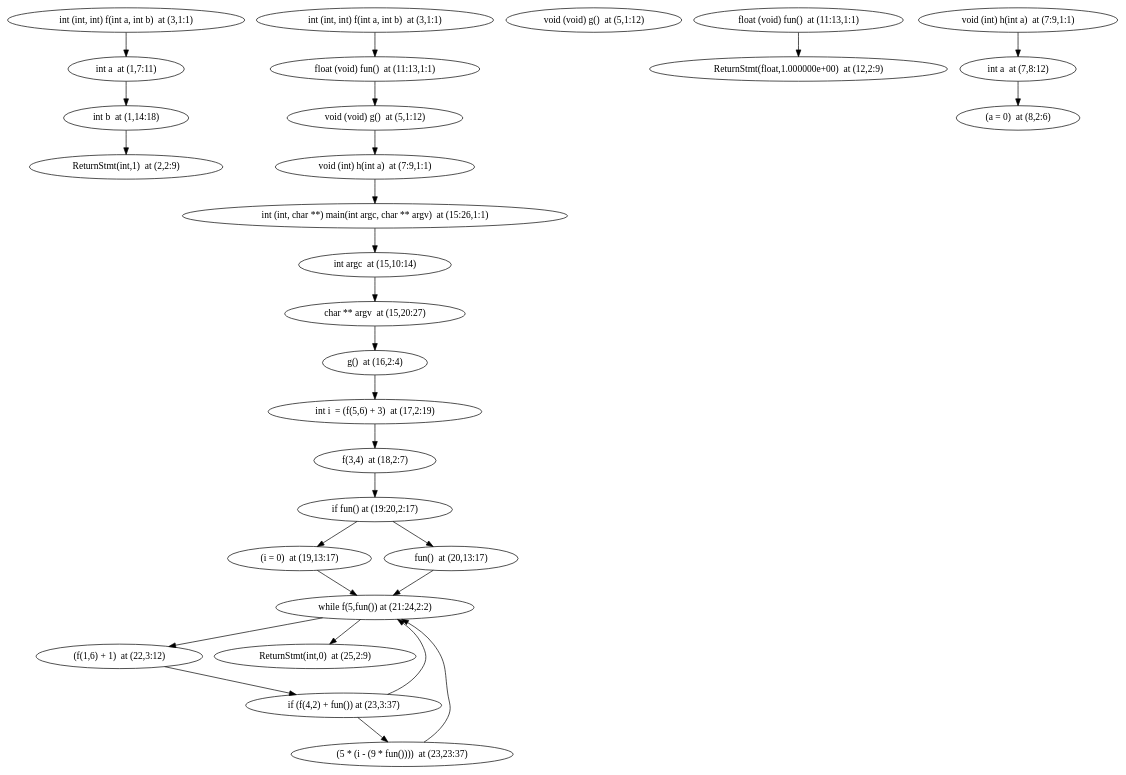
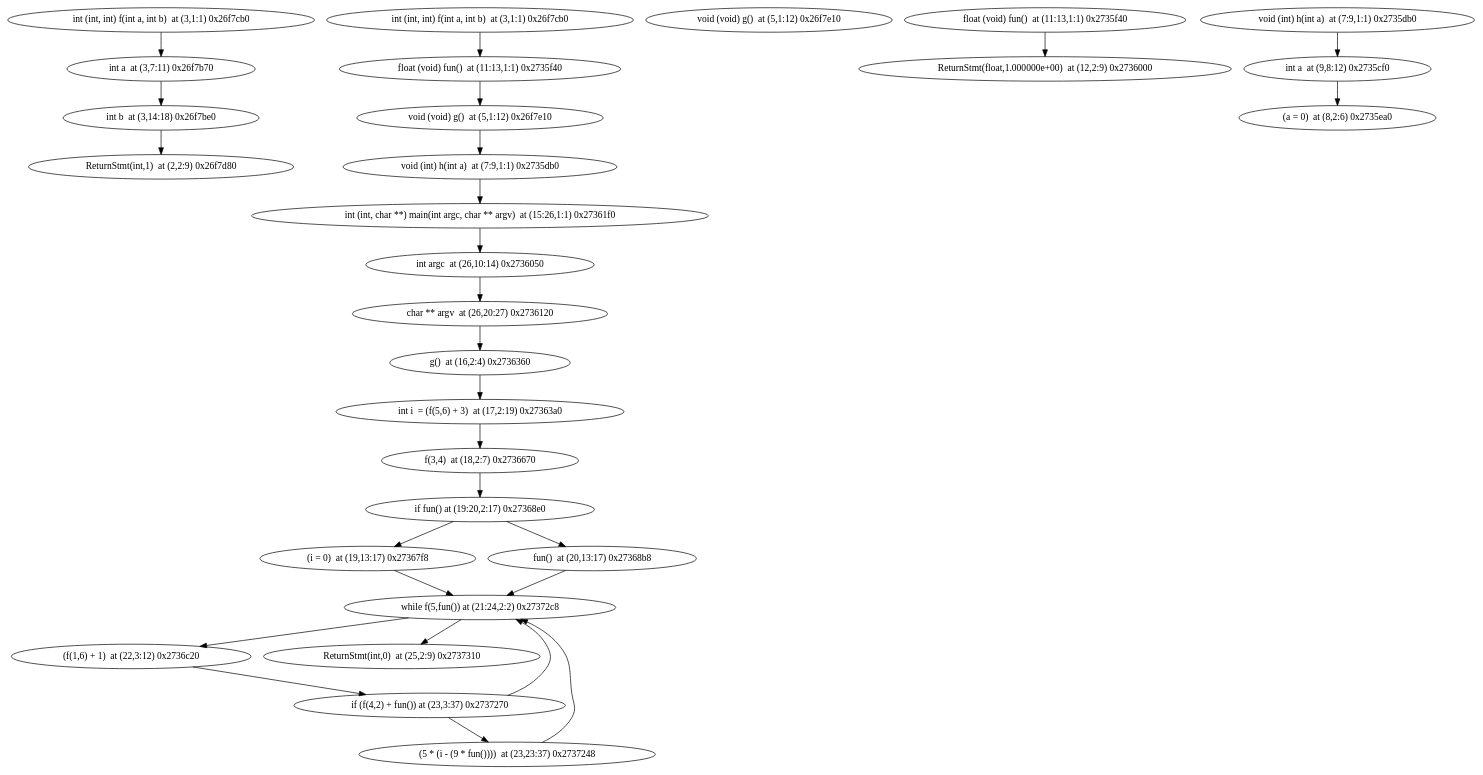
One commit to jxw1102/Projet-merou changed the diagram in ModelChecker/unitary_tests/Model_checker/test.dot. Above: the diagram before and after it, drawn with Graphviz. The commit also changed 32 other files, not shown here.

```diff
--- a/ModelChecker/unitary_tests/Model_checker/test.dot
+++ b/ModelChecker/unitary_tests/Model_checker/test.dot
@@ -1,33 +1,33 @@
 digraph {
-{id0x102825fd0 [label="int (int, int) f(int a, int b)  at (3,1:1)"]} -> {id0x102825e90 [label="int a  at (1,7:11)"]}
-{id0x102825e90 [label="int a  at (1,7:11)"]} -> {id0x102825f00 [label="int b  at (1,14:18)"]}
-{id0x102825f00 [label="int b  at (1,14:18)"]} -> {id0x1028260a0 [label="ReturnStmt(int,1)  at (2,2:9)"]}
-{id0x1028260a0 [label="ReturnStmt(int,1)  at (2,2:9)"]}
-{idc0x102825fd0 [label="int (int, int) f(int a, int b)  at (3,1:1)"]} -> {idc0x103047660 [label="float (void) fun()  at (11:13,1:1)"]}
-{idc0x103047660 [label="float (void) fun()  at (11:13,1:1)"]} -> {idc0x102826130 [label="void (void) g()  at (5,1:12)"]}
-{idc0x102826130 [label="void (void) g()  at (5,1:12)"]} -> {idc0x1030474d0 [label="void (int) h(int a)  at (7:9,1:1)"]}
-{idc0x1030474d0 [label="void (int) h(int a)  at (7:9,1:1)"]} -> {id0x103047910 [label="int (int, char **) main(int argc, char ** argv)  at (15:26,1:1)"]}
-{id0x103047910 [label="int (int, char **) main(int argc, char ** argv)  at (15:26,1:1)"]} -> {id0x103047770 [label="int argc  at (15,10:14)"]}
-{id0x103047770 [label="int argc  at (15,10:14)"]} -> {id0x103047840 [label="char ** argv  at (15,20:27)"]}
-{id0x103047840 [label="char ** argv  at (15,20:27)"]} -> {id0x103047a80 [label="g()  at (16,2:4)"]}
-{id0x103047a80 [label="g()  at (16,2:4)"]} -> {id0x103047ac0 [label="int i  = (f(5,6) + 3)  at (17,2:19)"]}
-{id0x103047ac0 [label="int i  = (f(5,6) + 3)  at (17,2:19)"]} -> {id0x103047d90 [label="f(3,4)  at (18,2:7)"]}
-{id0x103047d90 [label="f(3,4)  at (18,2:7)"]} -> {id0x103048000 [label="if fun() at (19:20,2:17)"]}
-{id0x103048000 [label="if fun() at (19:20,2:17)"]} -> {id0x103047f18 [label="(i = 0)  at (19,13:17)"]}
-{id0x103048000 [label="if fun() at (19:20,2:17)"]} -> {id0x103047fd8 [label="fun()  at (20,13:17)"]}
-{id0x103047f18 [label="(i = 0)  at (19,13:17)"]} -> {id0x103048818 [label="while f(5,fun()) at (21:24,2:2)"]}
-{id0x103048818 [label="while f(5,fun()) at (21:24,2:2)"]} -> {id0x103048340 [label="(f(1,6) + 1)  at (22,3:12)"]}
-{id0x103048818 [label="while f(5,fun()) at (21:24,2:2)"]} -> {id0x103048860 [label="ReturnStmt(int,0)  at (25,2:9)"]}
-{id0x103048340 [label="(f(1,6) + 1)  at (22,3:12)"]} -> {id0x1030487c0 [label="if (f(4,2) + fun()) at (23,3:37)"]}
-{id0x1030487c0 [label="if (f(4,2) + fun()) at (23,3:37)"]} -> {id0x103048818 [label="while f(5,fun()) at (21:24,2:2)"]}
-{id0x1030487c0 [label="if (f(4,2) + fun()) at (23,3:37)"]} -> {id0x103048798 [label="(5 * (i - (9 * fun())))  at (23,23:37)"]}
-{id0x103048798 [label="(5 * (i - (9 * fun())))  at (23,23:37)"]} -> {id0x103048818 [label="while f(5,fun()) at (21:24,2:2)"]}
-{id0x103048860 [label="ReturnStmt(int,0)  at (25,2:9)"]}
-{id0x103047fd8 [label="fun()  at (20,13:17)"]} -> {id0x103048818 [label="while f(5,fun()) at (21:24,2:2)"]}
-{id0x102826130 [label="void (void) g()  at (5,1:12)"]}
-{id0x103047660 [label="float (void) fun()  at (11:13,1:1)"]} -> {id0x103047720 [label="ReturnStmt(float,1.000000e+00)  at (12,2:9)"]}
-{id0x103047720 [label="ReturnStmt(float,1.000000e+00)  at (12,2:9)"]}
-{id0x1030474d0 [label="void (int) h(int a)  at (7:9,1:1)"]} -> {id0x103047410 [label="int a  at (7,8:12)"]}
-{id0x103047410 [label="int a  at (7,8:12)"]} -> {id0x1030475c0 [label="(a = 0)  at (8,2:6)"]}
-{id0x1030475c0 [label="(a = 0)  at (8,2:6)"]}
+{f0x26f7cb0 [label="int (int, int) f(int a, int b)  at (3,1:1) 0x26f7cb0"]} -> {f0x26f7b70 [label="int a  at (3,7:11) 0x26f7b70"]}
+{f0x26f7b70 [label="int a  at (3,7:11) 0x26f7b70"]} -> {f0x26f7be0 [label="int b  at (3,14:18) 0x26f7be0"]}
+{f0x26f7be0 [label="int b  at (3,14:18) 0x26f7be0"]} -> {f0x26f7d80 [label="ReturnStmt(int,1)  at (2,2:9) 0x26f7d80"]}
+{f0x26f7d80 [label="ReturnStmt(int,1)  at (2,2:9) 0x26f7d80"]}
+{main0x26f7cb0 [label="int (int, int) f(int a, int b)  at (3,1:1) 0x26f7cb0"]} -> {main0x2735f40 [label="float (void) fun()  at (11:13,1:1) 0x2735f40"]}
+{main0x2735f40 [label="float (void) fun()  at (11:13,1:1) 0x2735f40"]} -> {main0x26f7e10 [label="void (void) g()  at (5,1:12) 0x26f7e10"]}
+{main0x26f7e10 [label="void (void) g()  at (5,1:12) 0x26f7e10"]} -> {main0x2735db0 [label="void (int) h(int a)  at (7:9,1:1) 0x2735db0"]}
+{main0x2735db0 [label="void (int) h(int a)  at (7:9,1:1) 0x2735db0"]} -> {main0x27361f0 [label="int (int, char **) main(int argc, char ** argv)  at (15:26,1:1) 0x27361f0"]}
+{main0x27361f0 [label="int (int, char **) main(int argc, char ** argv)  at (15:26,1:1) 0x27361f0"]} -> {main0x2736050 [label="int argc  at (26,10:14) 0x2736050"]}
+{main0x2736050 [label="int argc  at (26,10:14) 0x2736050"]} -> {main0x2736120 [label="char ** argv  at (26,20:27) 0x2736120"]}
+{main0x2736120 [label="char ** argv  at (26,20:27) 0x2736120"]} -> {main0x2736360 [label="g()  at (16,2:4) 0x2736360"]}
+{main0x2736360 [label="g()  at (16,2:4) 0x2736360"]} -> {main0x27363a0 [label="int i  = (f(5,6) + 3)  at (17,2:19) 0x27363a0"]}
+{main0x27363a0 [label="int i  = (f(5,6) + 3)  at (17,2:19) 0x27363a0"]} -> {main0x2736670 [label="f(3,4)  at (18,2:7) 0x2736670"]}
+{main0x2736670 [label="f(3,4)  at (18,2:7) 0x2736670"]} -> {main0x27368e0 [label="if fun() at (19:20,2:17) 0x27368e0"]}
+{main0x27368e0 [label="if fun() at (19:20,2:17) 0x27368e0"]} -> {main0x27367f8 [label="(i = 0)  at (19,13:17) 0x27367f8"]}
+{main0x27368e0 [label="if fun() at (19:20,2:17) 0x27368e0"]} -> {main0x27368b8 [label="fun()  at (20,13:17) 0x27368b8"]}
+{main0x27367f8 [label="(i = 0)  at (19,13:17) 0x27367f8"]} -> {main0x27372c8 [label="while f(5,fun()) at (21:24,2:2) 0x27372c8"]}
+{main0x27372c8 [label="while f(5,fun()) at (21:24,2:2) 0x27372c8"]} -> {main0x2736c20 [label="(f(1,6) + 1)  at (22,3:12) 0x2736c20"]}
+{main0x27372c8 [label="while f(5,fun()) at (21:24,2:2) 0x27372c8"]} -> {main0x2737310 [label="ReturnStmt(int,0)  at (25,2:9) 0x2737310"]}
+{main0x2736c20 [label="(f(1,6) + 1)  at (22,3:12) 0x2736c20"]} -> {main0x2737270 [label="if (f(4,2) + fun()) at (23,3:37) 0x2737270"]}
+{main0x2737270 [label="if (f(4,2) + fun()) at (23,3:37) 0x2737270"]} -> {main0x2737248 [label="(5 * (i - (9 * fun())))  at (23,23:37) 0x2737248"]}
+{main0x2737270 [label="if (f(4,2) + fun()) at (23,3:37) 0x2737270"]} -> {main0x27372c8 [label="while f(5,fun()) at (21:24,2:2) 0x27372c8"]}
+{main0x2737248 [label="(5 * (i - (9 * fun())))  at (23,23:37) 0x2737248"]} -> {main0x27372c8 [label="while f(5,fun()) at (21:24,2:2) 0x27372c8"]}
+{main0x2737310 [label="ReturnStmt(int,0)  at (25,2:9) 0x2737310"]}
+{main0x27368b8 [label="fun()  at (20,13:17) 0x27368b8"]} -> {main0x27372c8 [label="while f(5,fun()) at (21:24,2:2) 0x27372c8"]}
+{g0x26f7e10 [label="void (void) g()  at (5,1:12) 0x26f7e10"]}
+{fun0x2735f40 [label="float (void) fun()  at (11:13,1:1) 0x2735f40"]} -> {fun0x2736000 [label="ReturnStmt(float,1.000000e+00)  at (12,2:9) 0x2736000"]}
+{fun0x2736000 [label="ReturnStmt(float,1.000000e+00)  at (12,2:9) 0x2736000"]}
+{h0x2735db0 [label="void (int) h(int a)  at (7:9,1:1) 0x2735db0"]} -> {h0x2735cf0 [label="int a  at (9,8:12) 0x2735cf0"]}
+{h0x2735cf0 [label="int a  at (9,8:12) 0x2735cf0"]} -> {h0x2735ea0 [label="(a = 0)  at (8,2:6) 0x2735ea0"]}
+{h0x2735ea0 [label="(a = 0)  at (8,2:6) 0x2735ea0"]}
 }
```
